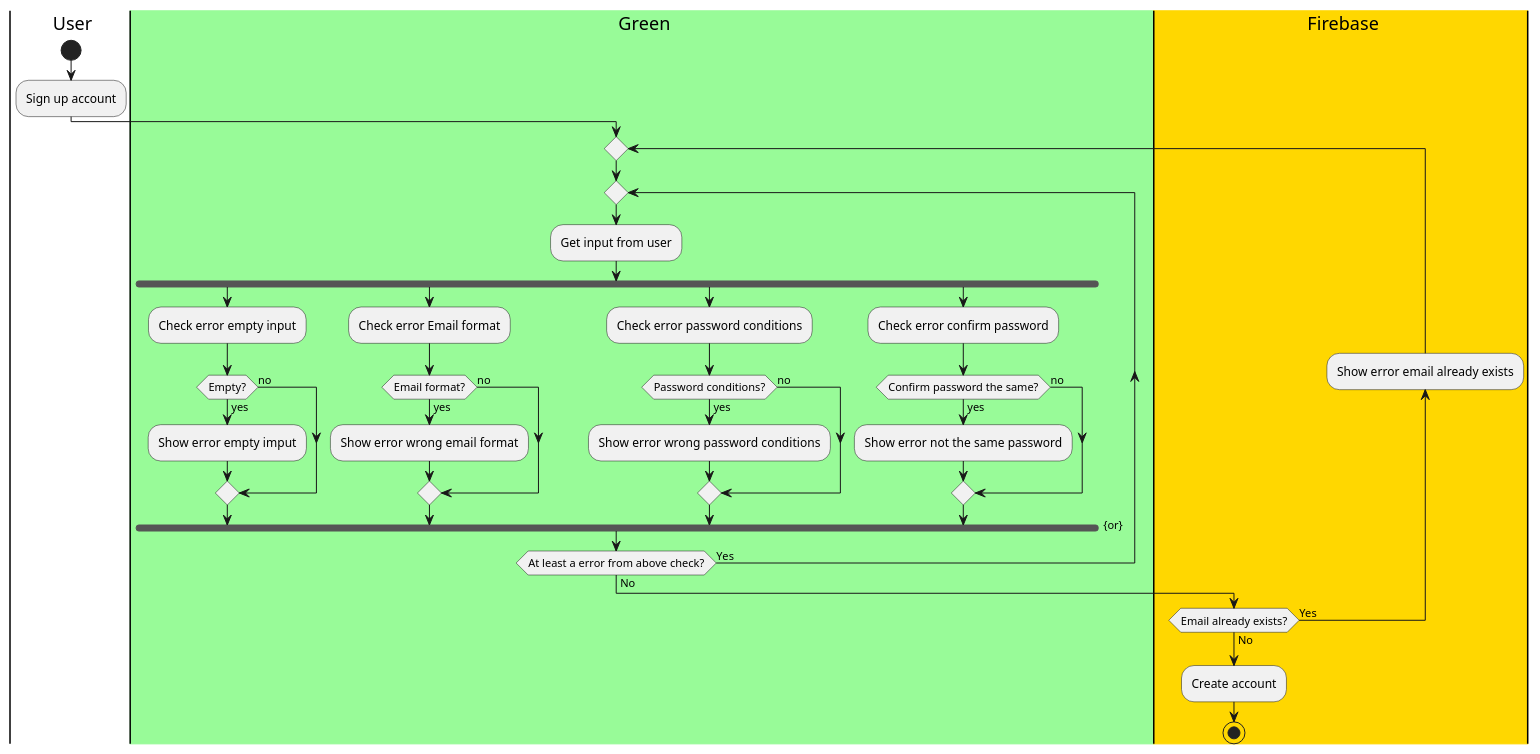
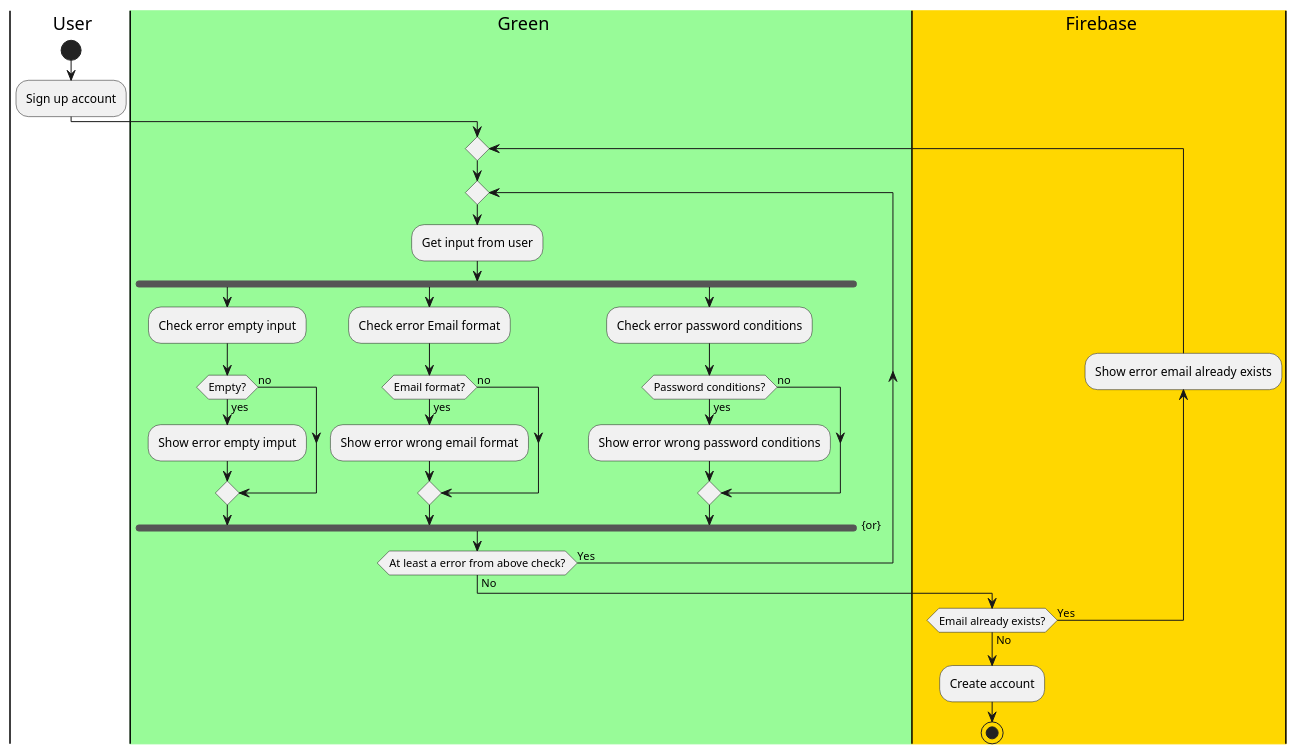
One commit to ngngoctung/plant_app changed the diagram in Document/Activity/signup_activity.puml. Above: the diagram before and after it, drawn with PlantUML. The commit also changed 1 other file, not shown here.

Commit message:
update: refactor signup_activity diagram

```diff
--- a/Document/Activity/signup_activity.puml
+++ b/Document/Activity/signup_activity.puml
@@ -1,43 +1,37 @@
 @startuml sign_up_activity
 |#white|user| User
 |#palegreen|green| Green
 |#gold|firebase| Firebase
 |user|
 start
 :Sign up account;
 |green|
 repeat 
 repeat 
 :Get input from user;
 fork
   :Check error empty input;
   if (Empty?) then (yes)
     :Show error empty imput;
   else (no)
   endif
 fork again
   :Check error Email format;
   if (Email format?) then (yes)
     :Show error wrong email format;
   else (no)
   endif
 fork again
   :Check error password conditions;
   if (Password conditions?) then (yes)
     :Show error wrong password conditions;
   else (no)
   endif
-fork again
-  :Check error confirm password;
-  if (Confirm password the same?) then (yes)
-    :Show error not the same password;
-  else (no)
-  endif
 end fork {or}
 repeat while (At least a error from above check?) is (Yes) not (No)
 |firebase|
 backward :Show error email already exists;
 repeat while (Email already exists?) is (Yes) not (No)
 :Create account;
 stop
 @enduml
```
